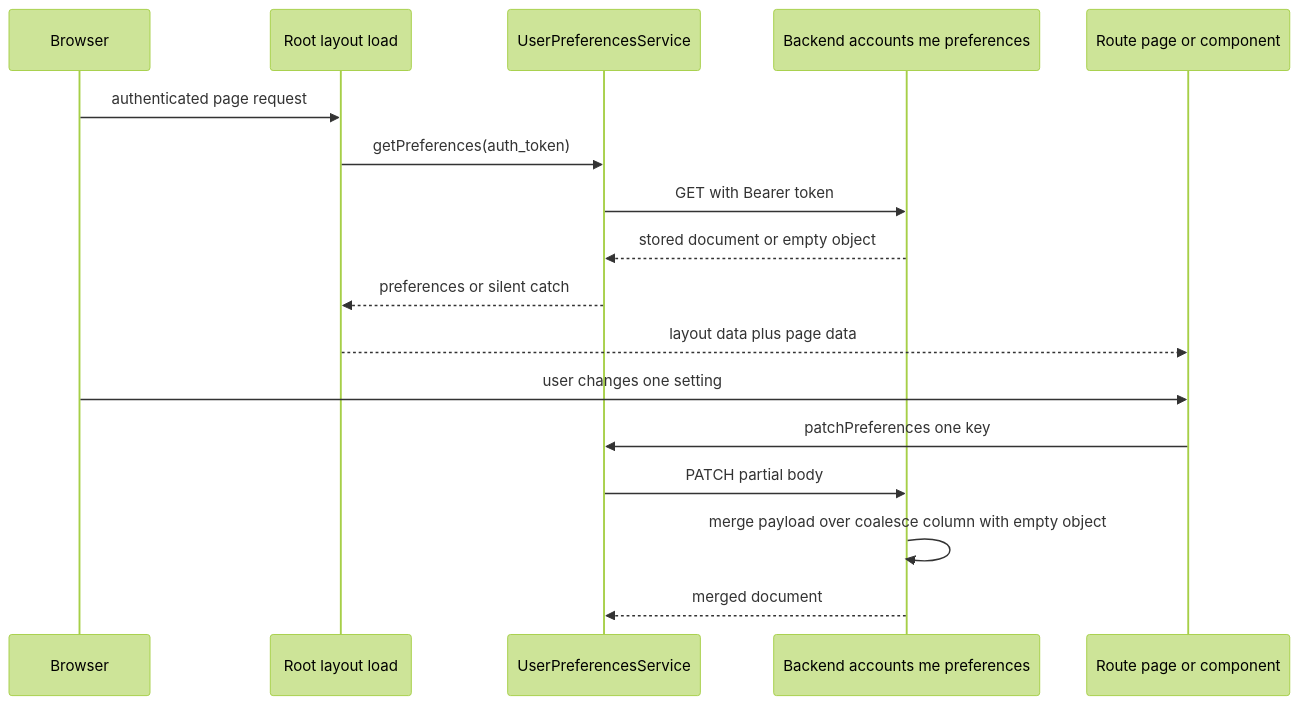
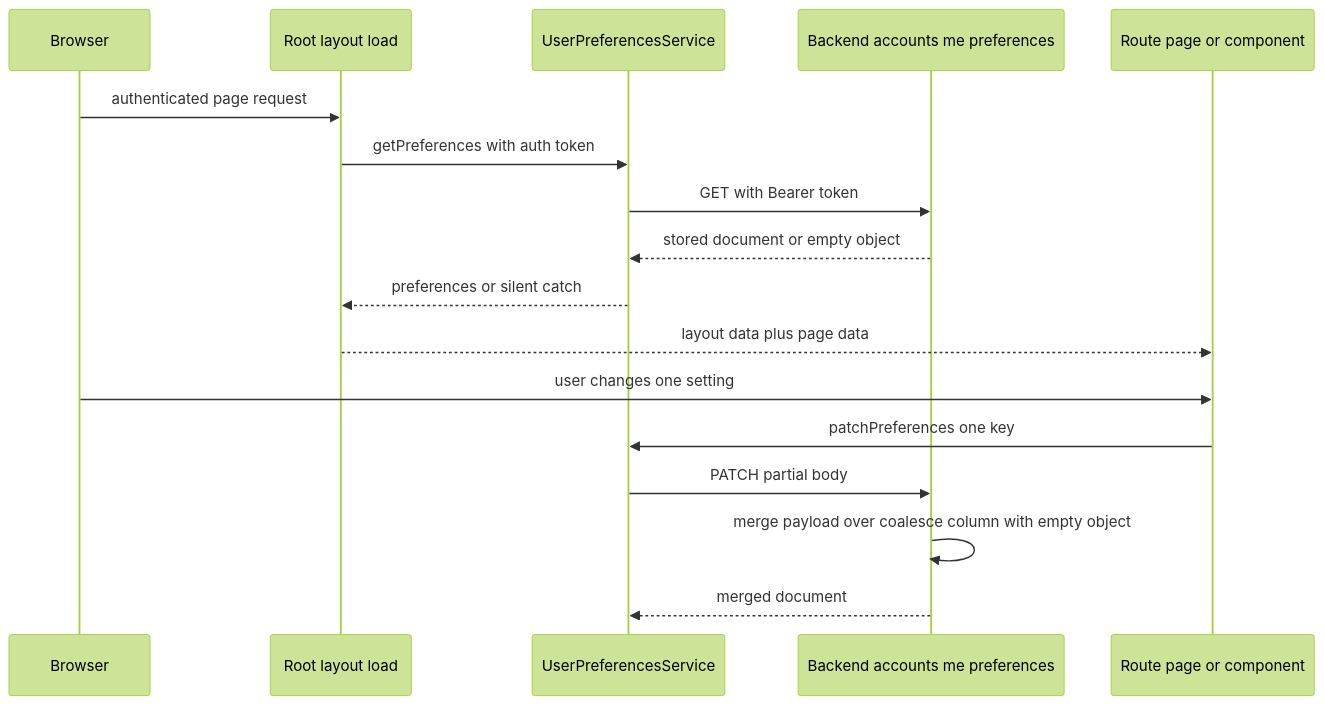
The diagram in openwiki/concepts/user-preferences.md (havekes/retail-portfolio), drawn with Mermaid (forest theme) before and after one commit. The commit also changed other lines of this file and 48 other files, not shown here.

````diff
--- a/openwiki/concepts/user-preferences.md
+++ b/openwiki/concepts/user-preferences.md
@@ -197,20 +211,20 @@
 ```mermaid
 sequenceDiagram
     participant Browser
     participant Load as Root layout load
     participant Prefs as UserPreferencesService
     participant API as Backend accounts me preferences
     participant Page as Route page or component
 
     Browser->>Load: authenticated page request
-    Load->>Prefs: getPreferences(auth_token)
+    Load->>Prefs: getPreferences with auth token
     Prefs->>API: GET with Bearer token
     API-->>Prefs: stored document or empty object
     Prefs-->>Load: preferences or silent catch
     Load-->>Page: layout data plus page data
     Browser->>Page: user changes one setting
     Page->>Prefs: patchPreferences one key
     Prefs->>API: PATCH partial body
     API->>API: merge payload over coalesce column with empty object
     API-->>Prefs: merged document
 ```
````
